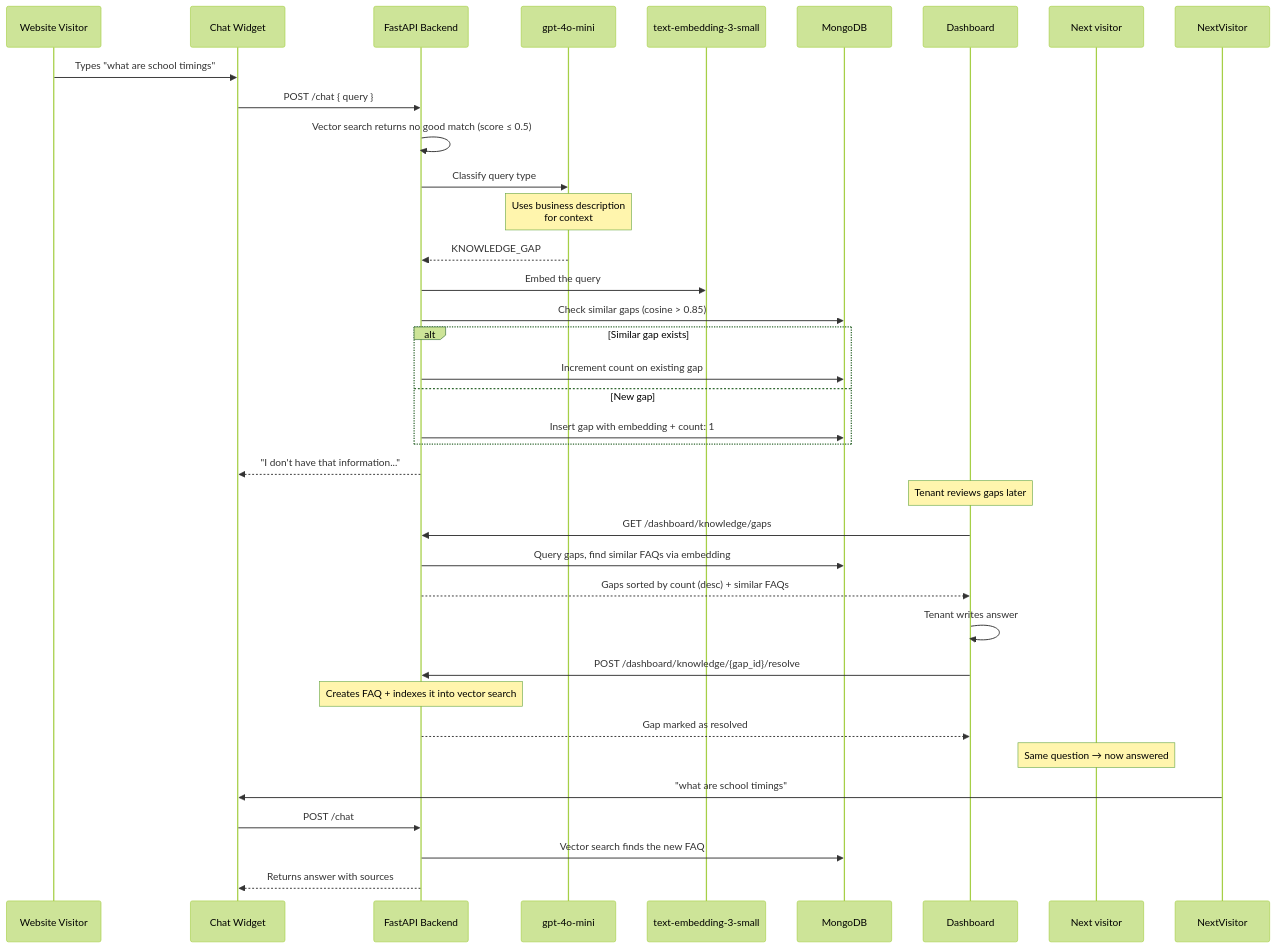
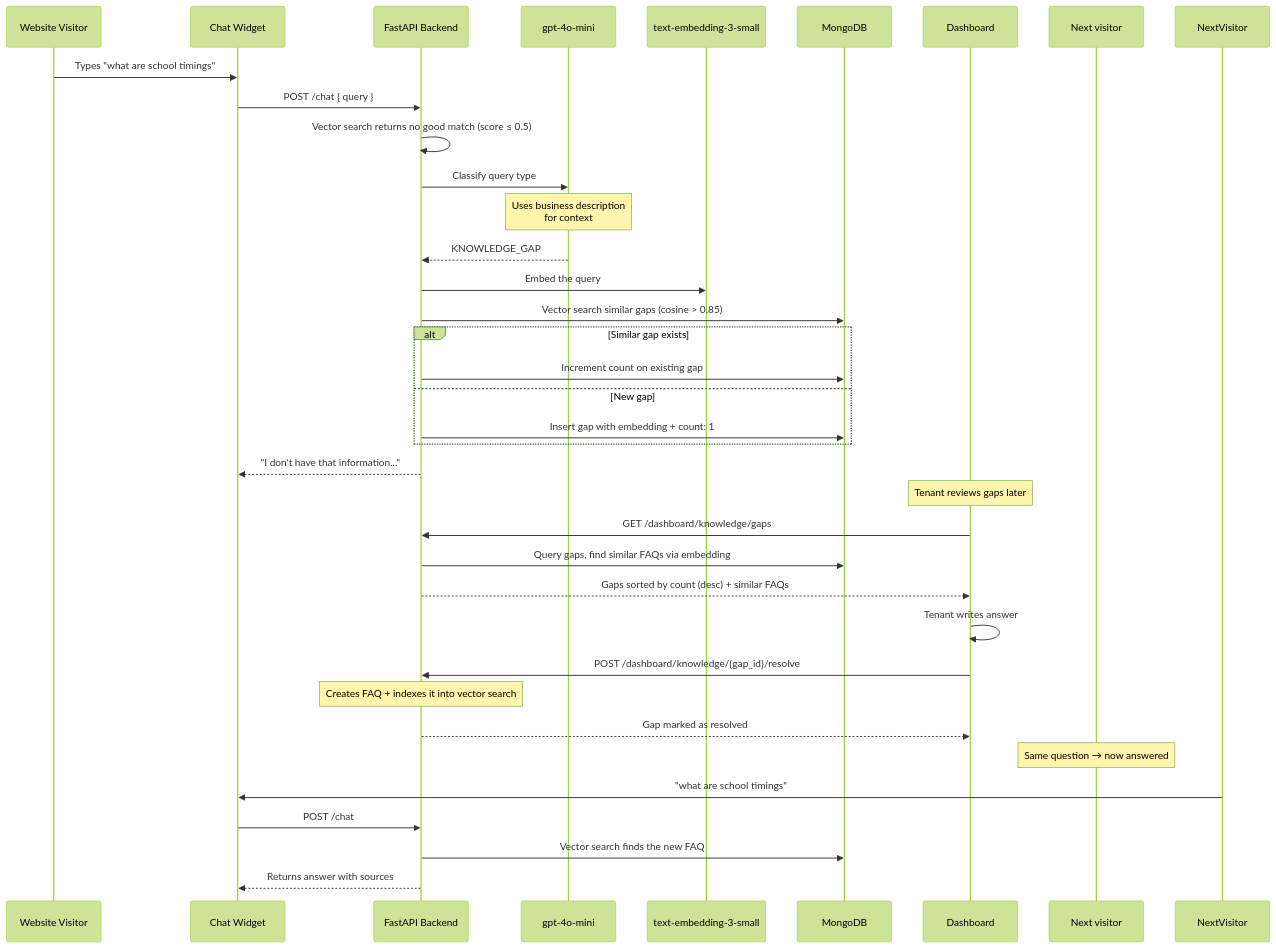
The sixth of 6 diagrams in README.md (pawanm992002/AI_CHATBOT), drawn with Mermaid (forest theme) before and after one commit. The commit also changed other lines of this file and 18 other files, not shown here.

Commit message:
feat: implement multi-provider LLM support via LangChain and transition knowledge gap/FAQ lookups to MongoDB Atlas vector search.

````diff
--- a/README.md
+++ b/README.md
@@ -556,44 +626,44 @@
 ```mermaid
 sequenceDiagram
     participant Visitor as Website Visitor
     participant Widget as Chat Widget
     participant API as FastAPI Backend
     participant Classifier as gpt-4o-mini
     participant Embedder as text-embedding-3-small
     participant DB as MongoDB
 
     Visitor->>Widget: Types "what are school timings"
     Widget->>API: POST /chat { query }
     
     API->>API: Vector search returns no good match (score ≤ 0.5)
     
     API->>Classifier: Classify query type
     Note over Classifier: Uses business description<br/>for context
     Classifier-->>API: KNOWLEDGE_GAP
     
     API->>Embedder: Embed the query
-    API->>DB: Check similar gaps (cosine > 0.85)
+    API->>DB: Vector search similar gaps (cosine > 0.85)
     alt Similar gap exists
         API->>DB: Increment count on existing gap
     else New gap
         API->>DB: Insert gap with embedding + count: 1
     end
     
     API-->>Widget: "I don't have that information..."
 
     Note over Dashboard: Tenant reviews gaps later
     Dashboard->>API: GET /dashboard/knowledge/gaps
     API->>DB: Query gaps, find similar FAQs via embedding
     API-->>Dashboard: Gaps sorted by count (desc) + similar FAQs
     
     Dashboard->>Dashboard: Tenant writes answer
     Dashboard->>API: POST /dashboard/knowledge/{gap_id}/resolve
     Note over API: Creates FAQ + indexes it into vector search
     API-->>Dashboard: Gap marked as resolved
 
     Note over Next visitor: Same question → now answered
     NextVisitor->>Widget: "what are school timings"
     Widget->>API: POST /chat
     API->>DB: Vector search finds the new FAQ
     API-->>Widget: Returns answer with sources
 ```
````
